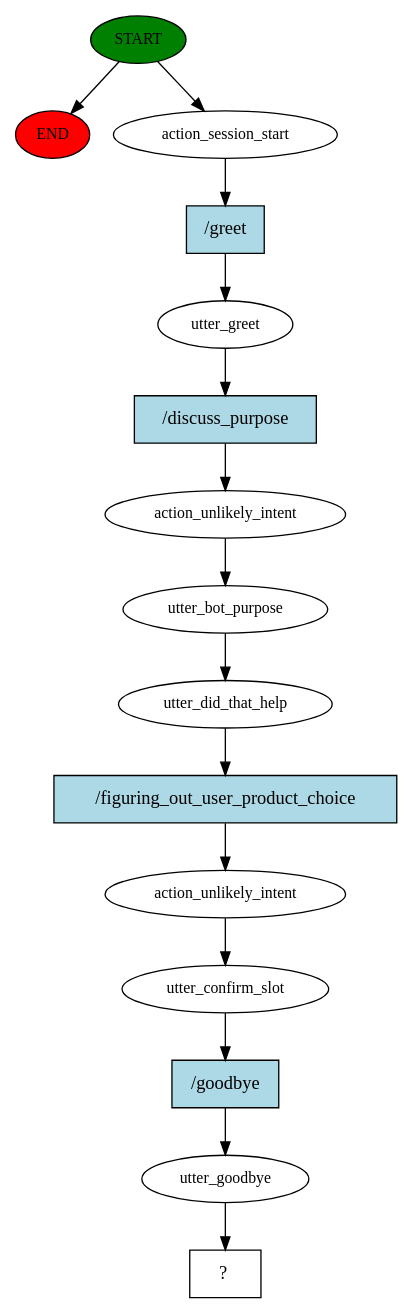
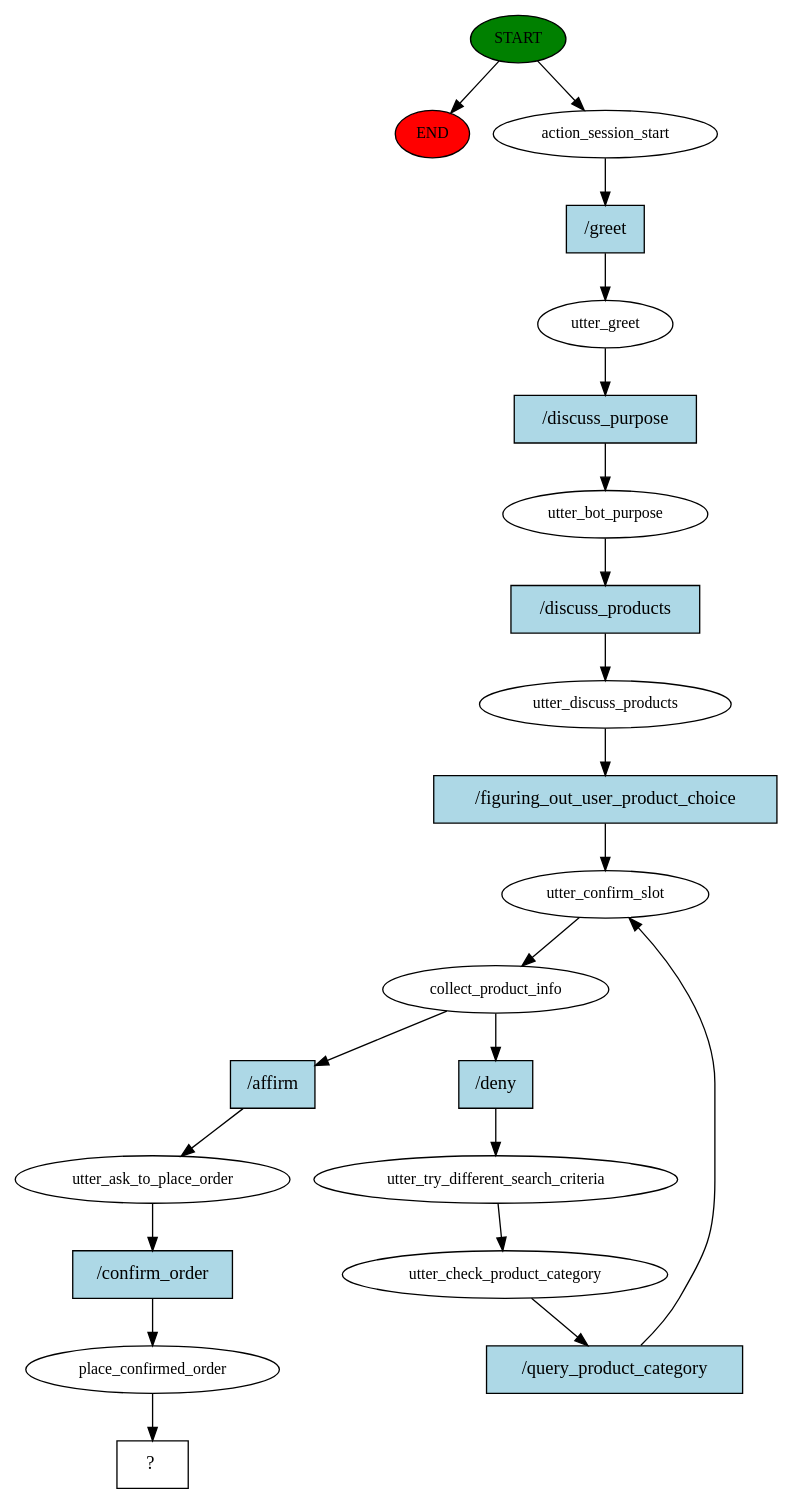
One commit to ShreyasDatta/e-Commerce-chatbot-rasa changed the diagram in story_graph.dot. Above: the diagram before and after it, drawn with Graphviz. The commit also changed 1231 other files, not shown here.

```diff
--- a/story_graph.dot
+++ b/story_graph.dot
@@ -1,31 +1,44 @@
 digraph  {
 0 [class="start active", fillcolor=green, fontsize=12, label=START, style=filled];
 "-1" [class=end, fillcolor=red, fontsize=12, label=END, style=filled];
 1 [class=active, fontsize=12, label=action_session_start];
 2 [class=active, fontsize=12, label=utter_greet];
-3 [class=active, fontsize=12, label=action_unlikely_intent];
-4 [class=active, fontsize=12, label=utter_bot_purpose];
-5 [class=active, fontsize=12, label=utter_did_that_help];
-6 [class=active, fontsize=12, label=action_unlikely_intent];
-7 [class=active, fontsize=12, label=utter_confirm_slot];
-8 [class=active, fontsize=12, label=utter_goodbye];
-9 [class="intent dashed active", label="  ?  ", shape=rect];
-10 [class="intent active", fillcolor=lightblue, label="/greet", shape=rect, style=filled];
-11 [class="intent active", fillcolor=lightblue, label="/discuss_purpose", shape=rect, style=filled];
-12 [class="intent active", fillcolor=lightblue, label="/figuring_out_user_product_choice", shape=rect, style=filled];
-13 [class="intent active", fillcolor=lightblue, label="/goodbye", shape=rect, style=filled];
+3 [class=active, fontsize=12, label=utter_bot_purpose];
+4 [class=active, fontsize=12, label=utter_discuss_products];
+5 [class=active, fontsize=12, label=utter_confirm_slot];
+6 [class=active, fontsize=12, label=collect_product_info];
+7 [class=active, fontsize=12, label=utter_try_different_search_criteria];
+8 [class=active, fontsize=12, label=utter_check_product_category];
+11 [class=active, fontsize=12, label=utter_ask_to_place_order];
+12 [class=active, fontsize=12, label=place_confirmed_order];
+13 [class="intent dashed active", label="  ?  ", shape=rect];
+14 [class="intent active", fillcolor=lightblue, label="/greet", shape=rect, style=filled];
+15 [class="intent active", fillcolor=lightblue, label="/discuss_purpose", shape=rect, style=filled];
+16 [class="intent active", fillcolor=lightblue, label="/discuss_products", shape=rect, style=filled];
+17 [class="intent active", fillcolor=lightblue, label="/figuring_out_user_product_choice", shape=rect, style=filled];
+18 [class="intent active", fillcolor=lightblue, label="/deny", shape=rect, style=filled];
+19 [class="intent active", fillcolor=lightblue, label="/affirm", shape=rect, style=filled];
+20 [class="intent active", fillcolor=lightblue, label="/query_product_category", shape=rect, style=filled];
+21 [class="intent active", fillcolor=lightblue, label="/confirm_order", shape=rect, style=filled];
 0 -> "-1"  [class="", key=NONE, label=""];
 0 -> 1  [class=active, key=NONE, label=""];
-1 -> 10  [class=active, key=0];
-2 -> 11  [class=active, key=0];
-3 -> 4  [class=active, key=NONE, label=""];
-4 -> 5  [class=active, key=NONE, label=""];
-5 -> 12  [class=active, key=0];
-6 -> 7  [class=active, key=NONE, label=""];
-7 -> 13  [class=active, key=0];
-8 -> 9  [class=active, key=NONE, label=""];
-10 -> 2  [class=active, key=0];
-11 -> 3  [class=active, key=0];
-12 -> 6  [class=active, key=0];
-13 -> 8  [class=active, key=0];
+1 -> 14  [class=active, key=0];
+2 -> 15  [class=active, key=0];
+3 -> 16  [class=active, key=0];
+4 -> 17  [class=active, key=0];
+5 -> 6  [class=active, key=NONE, label=""];
+6 -> 18  [class=active, key=0];
+6 -> 19  [class=active, key=0];
+7 -> 8  [class=active, key=NONE, label=""];
+8 -> 20  [class=active, key=0];
+11 -> 21  [class=active, key=0];
+12 -> 13  [class=active, key=NONE, label=""];
+14 -> 2  [class=active, key=0];
+15 -> 3  [class=active, key=0];
+16 -> 4  [class=active, key=0];
+17 -> 5  [class=active, key=0];
+18 -> 7  [class=active, key=0];
+19 -> 11  [class=active, key=0];
+20 -> 5  [class=active, key=0];
+21 -> 12  [class=active, key=0];
 }
```
